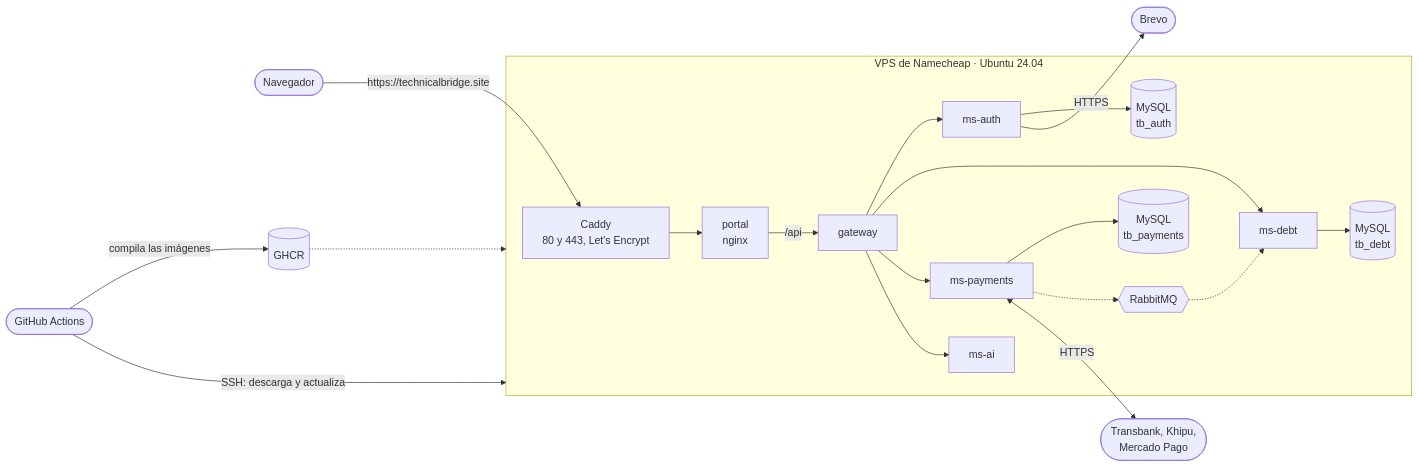
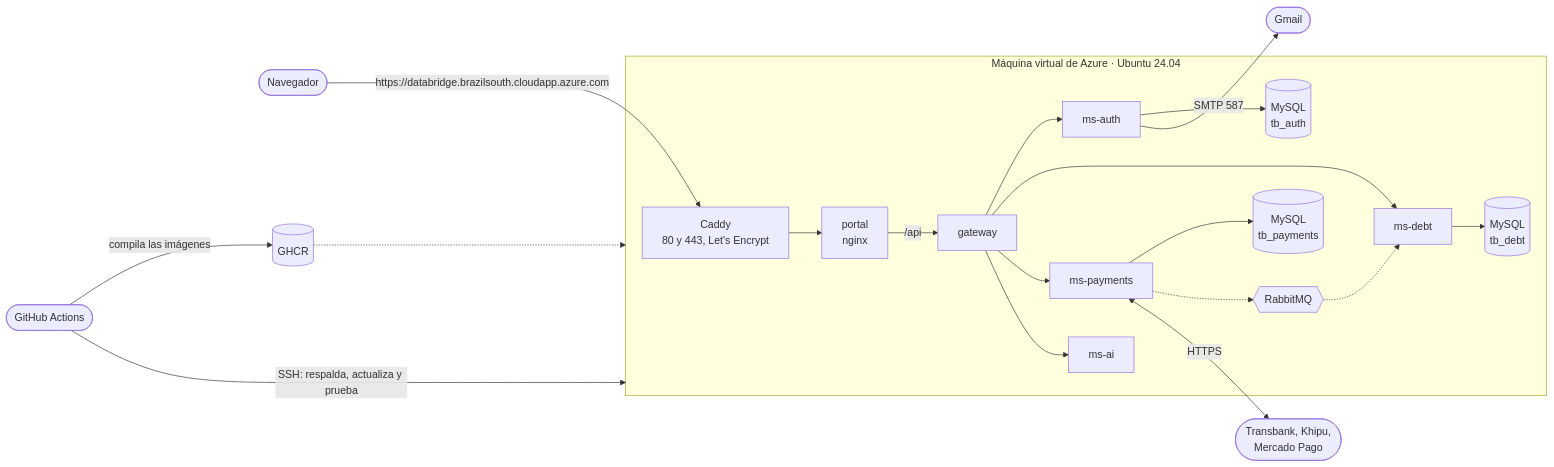
The diagram in docs/despliegue/README.md (TechnicalBridge/DataBridge), drawn with Mermaid before and after one commit. The commit also changed other lines of this file and 13 other files, not shown here.

````diff
--- a/docs/despliegue/README.md
+++ b/docs/despliegue/README.md
@@ -13,18 +14,18 @@
 ```mermaid
 flowchart LR
-    NAV(["Navegador"]) -->|"https://technicalbridge.site"| CADDY
-    subgraph VPS["VPS de Namecheap · Ubuntu 24.04"]
+    NAV(["Navegador"]) -->|"https://databridge.brazilsouth.cloudapp.azure.com"| CADDY
+    subgraph VM["Máquina virtual de Azure · Ubuntu 24.04"]
         CADDY["Caddy<br/>80 y 443, Let's Encrypt"] --> PORTAL["portal<br/>nginx"]
         PORTAL -->|"/api"| GW["gateway"]
         GW --> AUTH["ms-auth"] & DEBT["ms-debt"] & PAY["ms-payments"] & AI["ms-ai"]
         AUTH --> BA[("MySQL<br/>tb_auth")]
         DEBT --> BD[("MySQL<br/>tb_debt")]
         PAY --> BP[("MySQL<br/>tb_payments")]
         PAY -.-> MQ{{"RabbitMQ"}} -.-> DEBT
     end
     GHA(["GitHub Actions"]) -->|"compila las imágenes"| GHCR[("GHCR")]
-    GHA -->|"SSH: descarga y actualiza"| VPS
-    GHCR -.-> VPS
-    AUTH -->|"HTTPS"| BREVO(["Brevo"])
+    GHA -->|"SSH: respalda, actualiza y prueba"| VM
+    GHCR -.-> VM
+    AUTH -->|"SMTP 587"| GMAIL(["Gmail"])
     PAY <-->|"HTTPS"| PASARELAS(["Transbank, Khipu,<br/>Mercado Pago"])
 ```
````
